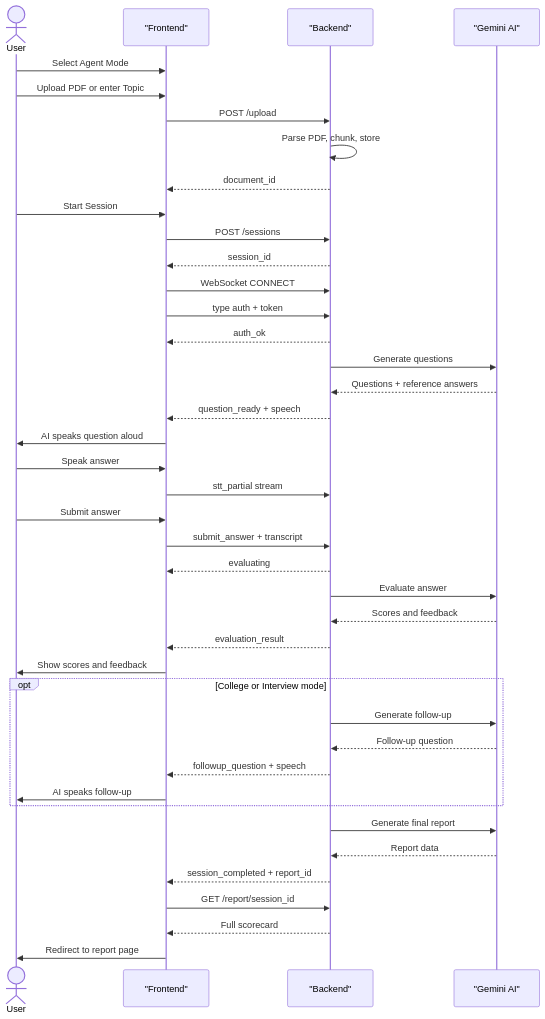
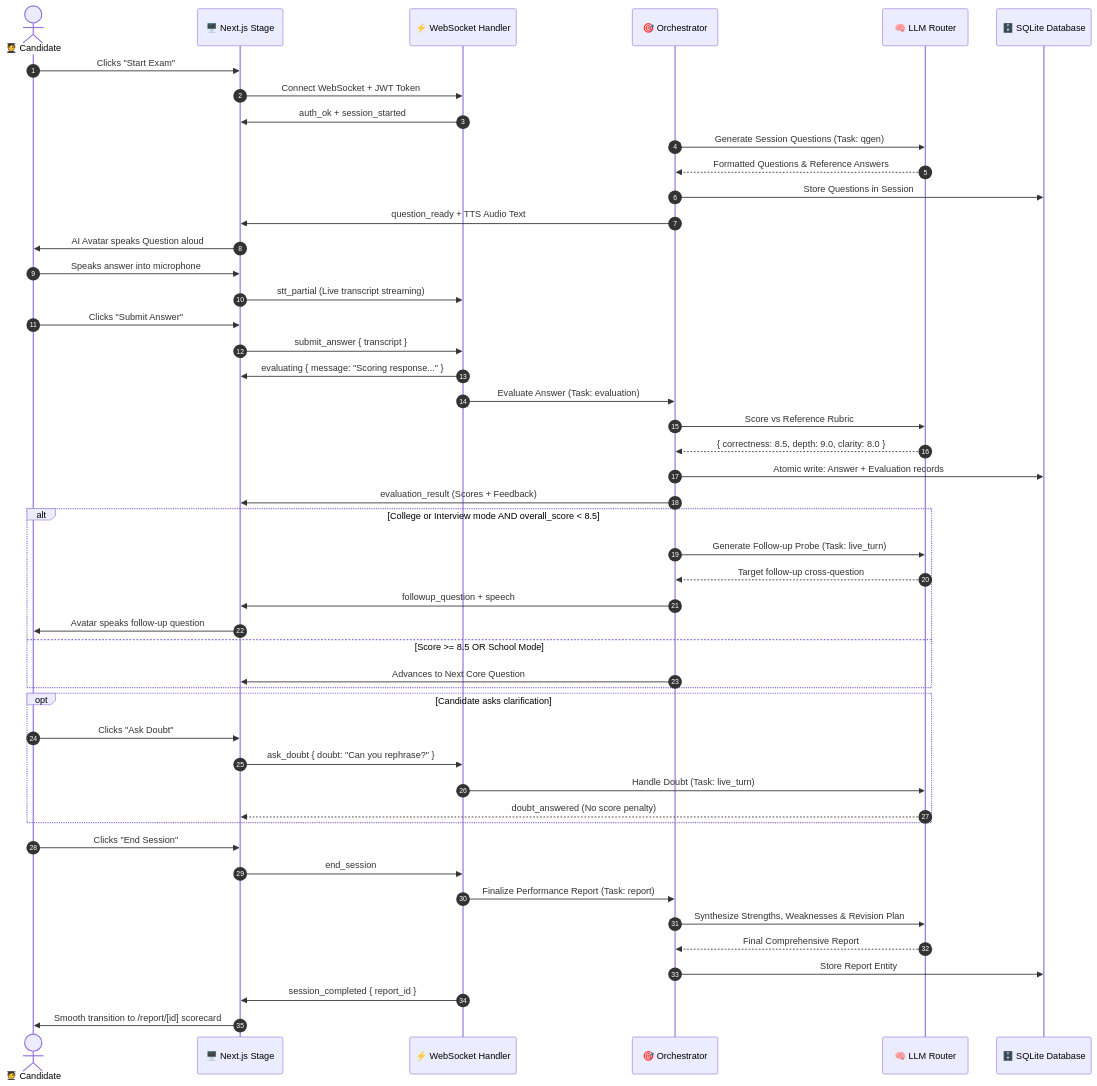
One commit to Anu7276/VIVORA changed the third of 8 diagrams in README.md. Above: the diagram before and after it, drawn with Mermaid. The commit also changed other lines of this file, not shown here.

Commit message:
docs: enrich README with comprehensive Mermaid system diagrams, multi-agent sequence flow, router charts, and ERD

````diff
--- a/README.md
+++ b/README.md
@@ -143,51 +162,57 @@
 ```mermaid
 sequenceDiagram
-    actor User
-    participant FE as "Frontend"
-    participant BE as "Backend"
-    participant GEM as "Gemini AI"
+    autonumber
+    actor Candidate as 🧑‍🎓 Candidate
+    participant Stage as 🖥️ Next.js Stage
+    participant WS as ⚡ WebSocket Handler
+    participant Orch as 🎯 Orchestrator
+    participant Router as 🧠 LLM Router
+    participant DB as 🗄️ SQLite Database
 
-    User->>FE: Select Agent Mode
-    User->>FE: Upload PDF or enter Topic
-    FE->>BE: POST /upload
-    BE->>BE: Parse PDF, chunk, store
-    BE-->>FE: document_id
+    Candidate->>Stage: Clicks "Start Exam"
+    Stage->>WS: Connect WebSocket + JWT Token
+    WS->>Stage: auth_ok + session_started
 
-    User->>FE: Start Session
-    FE->>BE: POST /sessions
-    BE-->>FE: session_id
+    Orch->>Router: Generate Session Questions (Task: qgen)
+    Router-->>Orch: Formatted Questions & Reference Answers
+    Orch->>DB: Store Questions in Session
+    Orch->>Stage: question_ready + TTS Audio Text
+    Stage->>Candidate: AI Avatar speaks Question aloud
 
-    FE->>BE: WebSocket CONNECT
-    FE->>BE: type auth + token
-    BE-->>FE: auth_ok
+    Candidate->>Stage: Speaks answer into microphone
+    Stage->>WS: stt_partial (Live transcript streaming)
+    Candidate->>Stage: Clicks "Submit Answer"
+    Stage->>WS: submit_answer { transcript }
 
-    BE->>GEM: Generate questions
-    GEM-->>BE: Questions + reference answers
-    BE-->>FE: question_ready + speech
-    FE->>User: AI speaks question aloud
+    WS->>Stage: evaluating { message: "Scoring response..." }
+    WS->>Orch: Evaluate Answer (Task: evaluation)
+    Orch->>Router: Score vs Reference Rubric
+    Router-->>Orch: { correctness: 8.5, depth: 9.0, clarity: 8.0 }
+    Orch->>DB: Atomic write: Answer + Evaluation records
+    Orch->>Stage: evaluation_result (Scores + Feedback)
 
-    User->>FE: Speak answer
-    FE->>BE: stt_partial stream
-    User->>FE: Submit answer
-    FE->>BE: submit_answer + transcript
-
-    BE-->>FE: evaluating
-    BE->>GEM: Evaluate answer
-    GEM-->>BE: Scores and feedback
-    BE-->>FE: evaluation_result
-    FE->>User: Show scores and feedback
-
-    opt College or Interview mode
-        BE->>GEM: Generate follow-up
-        GEM-->>BE: Follow-up question
-        BE-->>FE: followup_question + speech
-        FE->>User: AI speaks follow-up
+    alt College or Interview mode AND overall_score < 8.5
+        Orch->>Router: Generate Follow-up Probe (Task: live_turn)
+        Router-->>Orch: Target follow-up cross-question
+        Orch->>Stage: followup_question + speech
+        Stage->>Candidate: Avatar speaks follow-up question
+    else Score >= 8.5 OR School Mode
+        Orch->>Stage: Advances to Next Core Question
     end
 
-    BE->>GEM: Generate final report
-    GEM-->>BE: Report data
-    BE-->>FE: session_completed + report_id
-    FE->>BE: GET /report/session_id
-    BE-->>FE: Full scorecard
-    FE->>User: Redirect to report page
+    opt Candidate asks clarification
+        Candidate->>Stage: Clicks "Ask Doubt"
+        Stage->>WS: ask_doubt { doubt: "Can you rephrase?" }
+        WS->>Router: Handle Doubt (Task: live_turn)
+        Router-->>Stage: doubt_answered (No score penalty)
+    end
+
+    Candidate->>Stage: Clicks "End Session"
+    Stage->>WS: end_session
+    WS->>Orch: Finalize Performance Report (Task: report)
+    Orch->>Router: Synthesize Strengths, Weaknesses & Revision Plan
+    Router-->>Orch: Final Comprehensive Report
+    Orch->>DB: Store Report Entity
+    WS->>Stage: session_completed { report_id }
+    Stage->>Candidate: Smooth transition to /report/[id] scorecard
 ```
````
